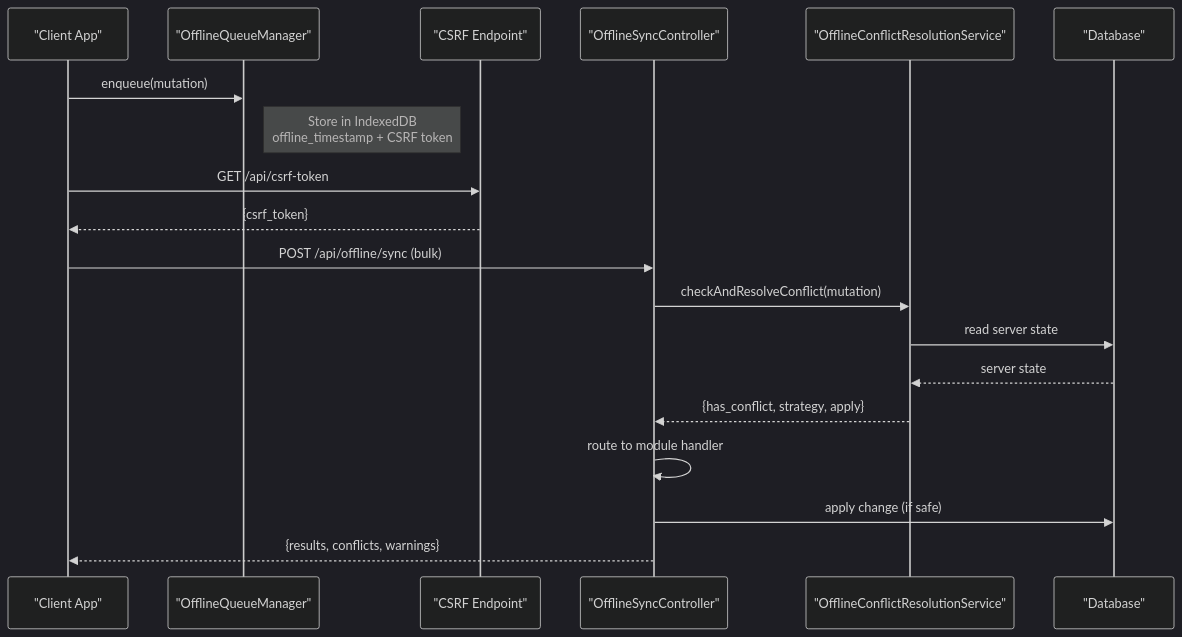
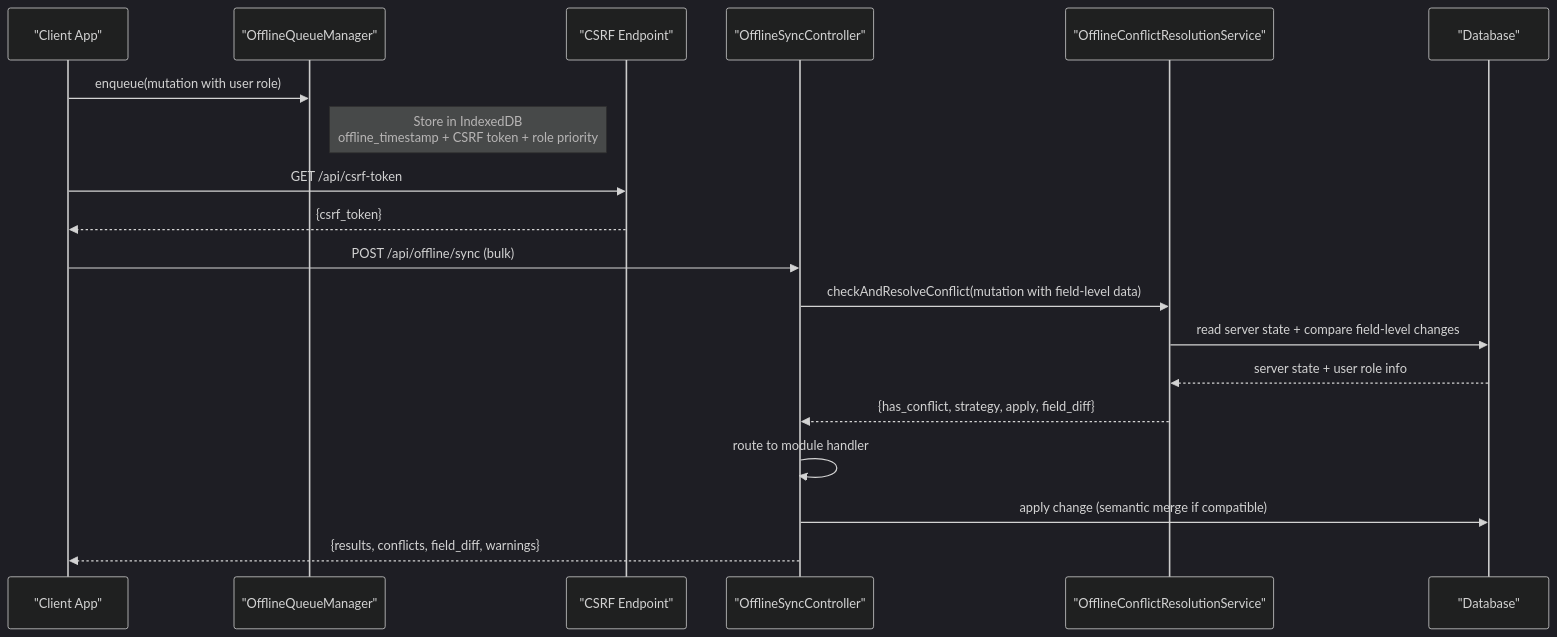
The second of 4 diagrams in .qoder/repowiki/en/content/API Documentation/Offline Sync API.md (wahyudedik/qalcuityERP), drawn with Mermaid (dark theme) before and after one commit. The commit also changed other lines of this file and 626 other files, not shown here.

````diff
--- a/.qoder/repowiki/en/content/API Documentation/Offline Sync API.md
+++ b/.qoder/repowiki/en/content/API Documentation/Offline Sync API.md
@@ -86,21 +104,21 @@
 ```mermaid
 sequenceDiagram
 participant Client as "Client App"
 participant Queue as "OfflineQueueManager"
 participant CSRF as "CSRF Endpoint"
 participant API as "OfflineSyncController"
 participant Resolver as "OfflineConflictResolutionService"
 participant DB as "Database"
-Client->>Queue : enqueue(mutation)
-Note right of Queue : Store in IndexedDB<br/>offline_timestamp + CSRF token
+Client->>Queue : enqueue(mutation with user role)
+Note right of Queue : Store in IndexedDB<br/>offline_timestamp + CSRF token + role priority
 Client->>CSRF : GET /api/csrf-token
 CSRF-->>Client : {csrf_token}
 Client->>API : POST /api/offline/sync (bulk)
-API->>Resolver : checkAndResolveConflict(mutation)
-Resolver->>DB : read server state
-DB-->>Resolver : server state
-Resolver-->>API : {has_conflict, strategy, apply}
+API->>Resolver : checkAndResolveConflict(mutation with field-level data)
+Resolver->>DB : read server state + compare field-level changes
+DB-->>Resolver : server state + user role info
+Resolver-->>API : {has_conflict, strategy, apply, field_diff}
 API->>API : route to module handler
-API->>DB : apply change (if safe)
-API-->>Client : {results, conflicts, warnings}
+API->>DB : apply change (semantic merge if compatible)
+API-->>Client : {results, conflicts, field_diff, warnings}
 ```
````
